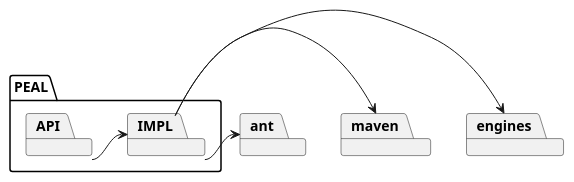
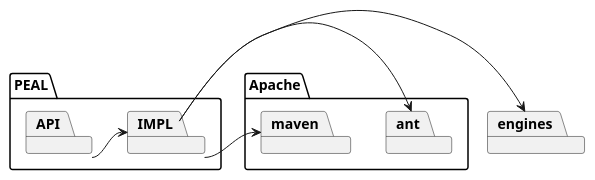
One commit to uniba-dsg/betsy changed the diagram in peal/doc/architecture.puml. Above: the diagram before and after it, drawn with PlantUML. The commit also changed 1 other file, not shown here.

```diff
--- a/peal/doc/architecture.puml
+++ b/peal/doc/architecture.puml
@@ -1,24 +1,26 @@
 @startuml
-package ant
-package maven
+package Apache {
+	package ant
+	package maven
+}
 package engines
 
 package PEAL {
 	package IMPL
 	package API
 
 	API -> IMPL
 	IMPL -> ant
 	IMPL -> maven
 	IMPL -> engines
 }
 
 
 hide empty members
 hide empty methods
 hide circle
 
 skinparam monochrome true
 skinparam shadowing false
 skinparam packageStyle rect
 @enduml
```
